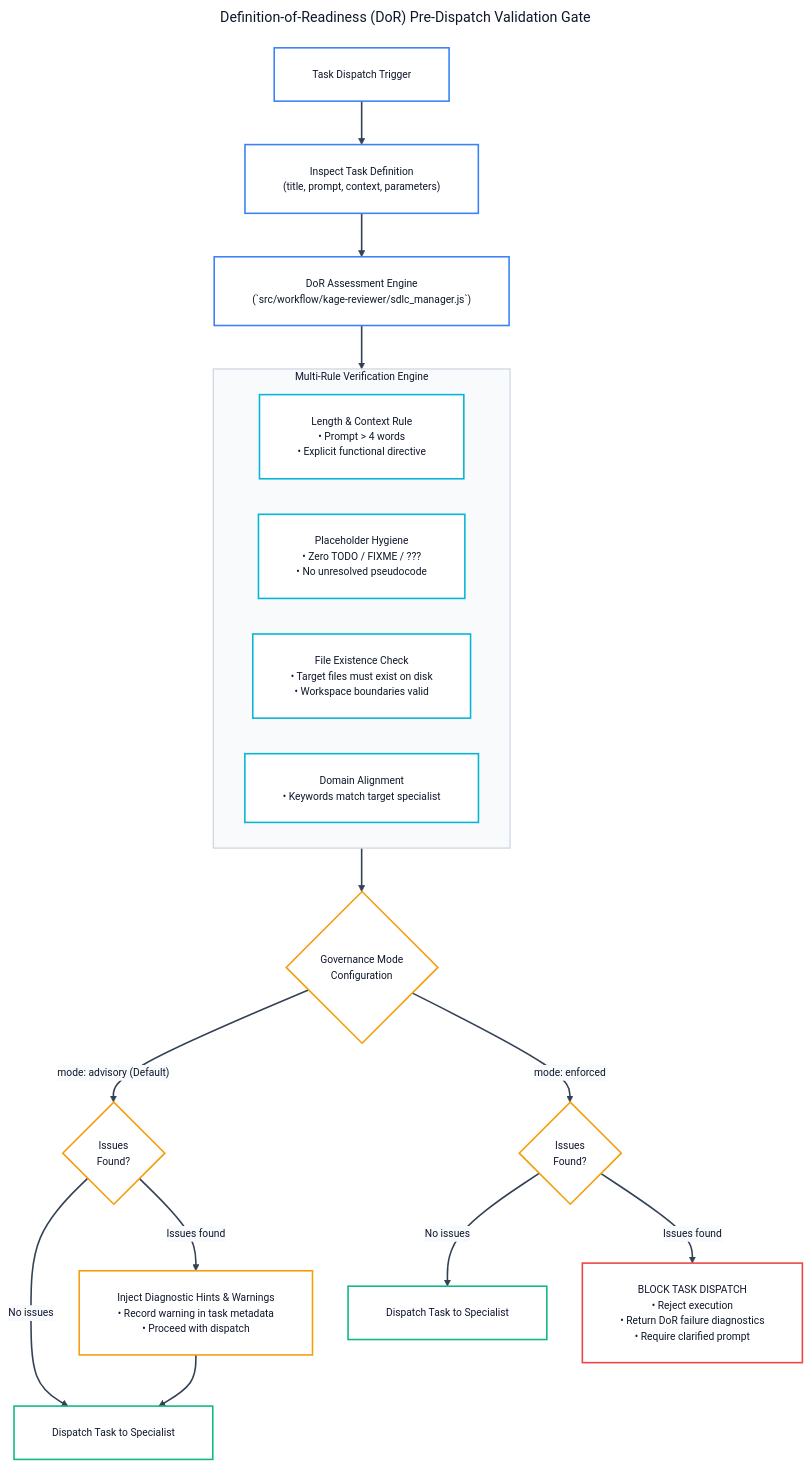
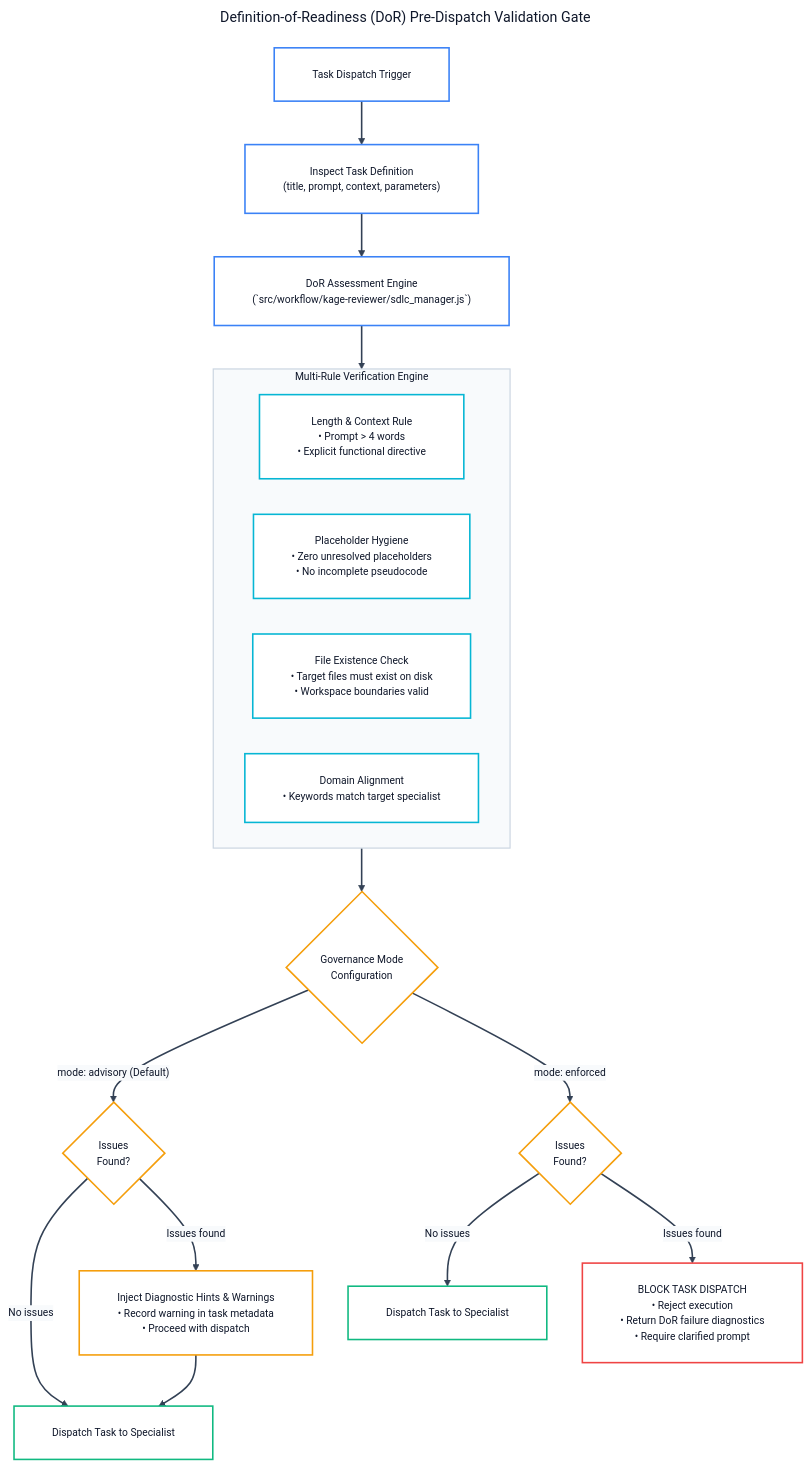
One commit to andycungkrinx91/konoha changed the third of 19 diagrams in docs/ALL-WORKFLOW-DIAGRAMS.md. Above: the diagram before and after it, drawn with Mermaid. The commit also changed other lines of this file and 62 other files, not shown here.

Commit message:
chore(release): sync v2.2.18 workflow diagrams, docs, skills, 3D worker, and cross-platform QA

````diff
--- a/docs/ALL-WORKFLOW-DIAGRAMS.md
+++ b/docs/ALL-WORKFLOW-DIAGRAMS.md
@@ -180,62 +180,62 @@
 ```mermaid
 ---
 title: Definition-of-Readiness (DoR) Pre-Dispatch Validation Gate
 config:
   theme: base
   themeVariables:
     darkMode: false
     background: '#ffffff'
     mainBkg: '#ffffff'
     primaryColor: '#ffffff'
     primaryTextColor: '#0f172a'
     primaryBorderColor: '#3b82f6'
     lineColor: '#334155'
     arrowheadColor: '#334155'
     secondaryColor: '#f8fafc'
     tertiaryColor: '#ffffff'
     fontFamily: 'Inter, system-ui, -apple-system, sans-serif'
     fontSize: '13px'
   flowchart:
     nodeSpacing: 45
     rankSpacing: 55
     padding: 24
     wrappingWidth: 350
 ---
 flowchart TD
     Trigger["Task Dispatch Trigger"] --> Inspect["Inspect Task Definition<br/>(title, prompt, context, parameters)"]
     Inspect --> Engine["DoR Assessment Engine<br/>(`src/workflow/kage-reviewer/sdlc_manager.js`)"]
 
     subgraph AssessmentRules ["Multi-Rule Verification Engine"]
         R1["Length &amp; Context Rule<br/>• Prompt &gt; 4 words<br/>• Explicit functional directive"]
-        R2["Placeholder Hygiene<br/>• Zero TODO / FIXME / ???<br/>• No unresolved pseudocode"]
+        R2["Placeholder Hygiene<br/>• Zero unresolved placeholders<br/>• No incomplete pseudocode"]
         R3["File Existence Check<br/>• Target files must exist on disk<br/>• Workspace boundaries valid"]
         R4["Domain Alignment<br/>• Keywords match target specialist"]
     end
 
     Engine --> AssessmentRules
     AssessmentRules --> ModeGate{"Governance Mode<br/>Configuration"}
 
     ModeGate -- "mode: advisory (Default)" --> AdvisoryEval{"Issues<br/>Found?"}
     AdvisoryEval -- "No issues" --> Dispatch1["Dispatch Task to Specialist"]
     AdvisoryEval -- "Issues found" --> InjectHint["Inject Diagnostic Hints &amp; Warnings<br/>• Record warning in task metadata<br/>• Proceed with dispatch"]
     InjectHint --> Dispatch1
 
     ModeGate -- "mode: enforced" --> EnforcedEval{"Issues<br/>Found?"}
     EnforcedEval -- "No issues" --> Dispatch2["Dispatch Task to Specialist"]
     EnforcedEval -- "Issues found" --> BlockDispatch["BLOCK TASK DISPATCH<br/>• Reject execution<br/>• Return DoR failure diagnostics<br/>• Require clarified prompt"]
 
     linkStyle default stroke:#334155,stroke-width:2px;
     style AssessmentRules fill:#f8fafc,stroke:#cbd5e1,stroke-width:1.5px,color:#0f172a;
 
     classDef triggerNode fill:#ffffff,stroke:#3b82f6,color:#0f172a,stroke-width:2px;
     classDef ruleNode fill:#ffffff,stroke:#06b6d4,color:#0f172a,stroke-width:2px;
     classDef passNode fill:#ffffff,stroke:#10b981,color:#0f172a,stroke-width:2px;
     classDef blockNode fill:#ffffff,stroke:#ef4444,color:#0f172a,stroke-width:2px;
     classDef evalNode fill:#ffffff,stroke:#f59e0b,color:#0f172a,stroke-width:2px;
 
     class Trigger,Inspect,Engine triggerNode;
     class R1,R2,R3,R4 ruleNode;
     class ModeGate,AdvisoryEval,EnforcedEval,InjectHint evalNode;
     class Dispatch1,Dispatch2 passNode;
     class BlockDispatch blockNode;
 ```
````
